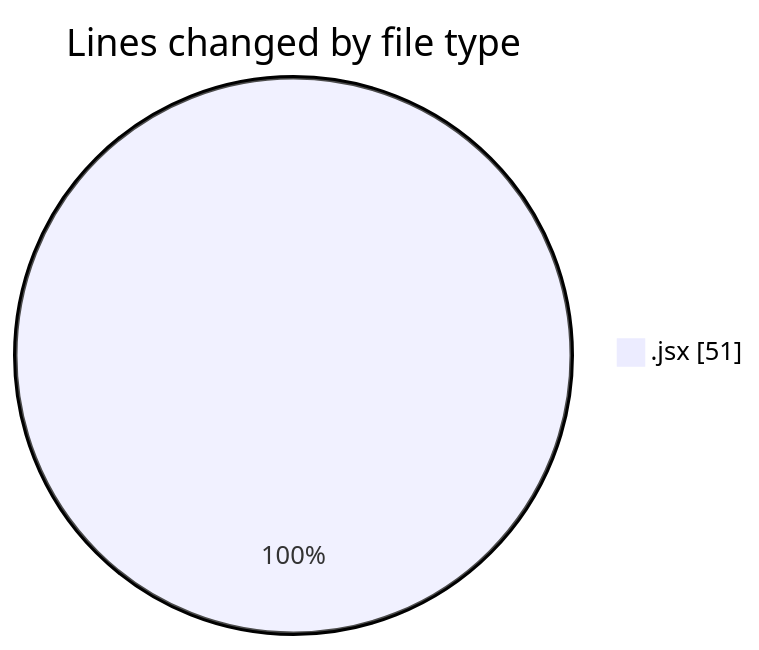
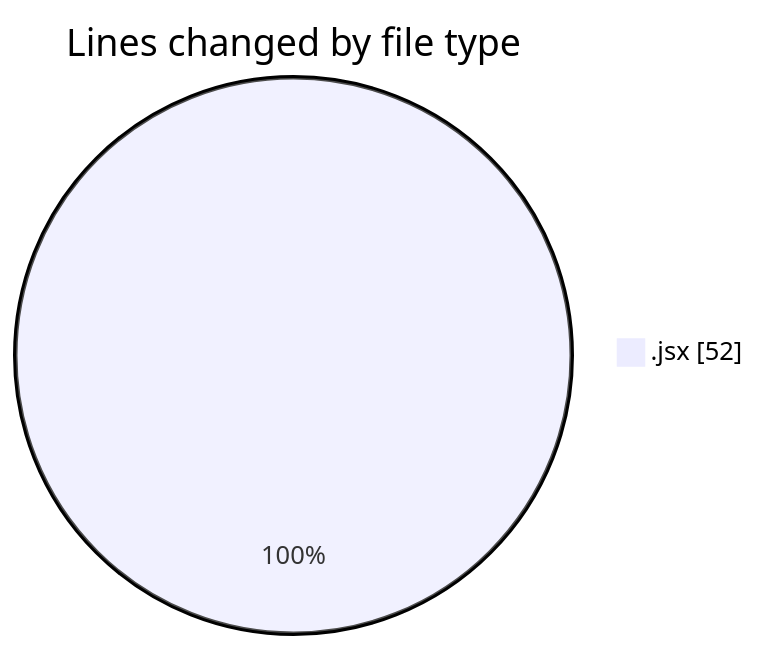
Before and after one commit to Elitesun/code-tracking: the first of 2 diagrams in 2025-02-12/react_ecom/README.md, drawn with Mermaid. The commit also changed other lines of this file and 1 other file, not shown here.

````diff
--- a/2025-02-12/react_ecom/README.md
+++ b/2025-02-12/react_ecom/README.md
@@ -20,5 +21,5 @@
 ```mermaid
 pie showData
 title Lines changed by file type
-".jsx" : 51
+".jsx" : 52
 ```
````
